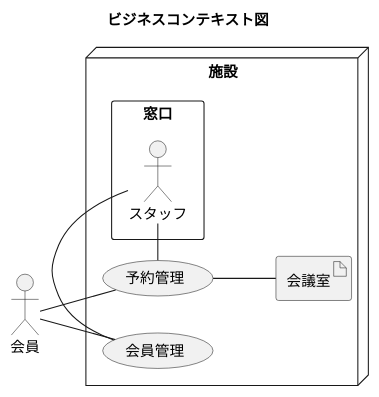
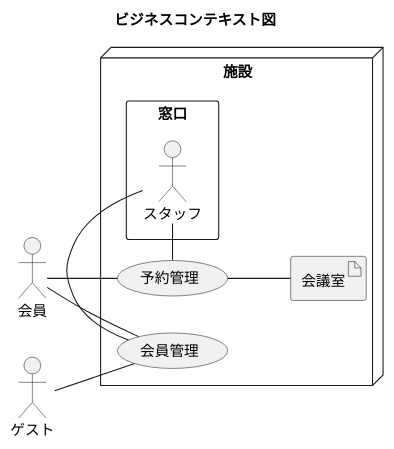
Before and after one commit to k2works/case-study-mrs: the third of 30 diagrams in docs/index.adoc, drawn with PlantUML. The commit also changed other lines of this file and 9 other files, not shown here.

```diff
--- a/docs/index.adoc
+++ b/docs/index.adoc
@@ -104,27 +104,29 @@
 [plantuml]
 ----
 @startuml
 
 title ビジネスコンテキスト図
 
 left to right direction
 
 actor 会員 as ac_01
+actor ゲスト as ac_03
 
 node 施設 {
   rectangle 窓口 {
     actor スタッフ as ac_02
   }
   usecase 予約管理 as uc_01
   usecase 会員管理 as uc_02
   artifact 会議室 as ar_01
 }
 
 ac_01 -- (uc_01)
 ac_01 -- (uc_02)
+ac_03 -- (uc_02)
 (uc_01) -- (ar_01)
 (uc_01) - ac_02
 (uc_02) - ac_02
 
 @enduml
 ----
```
